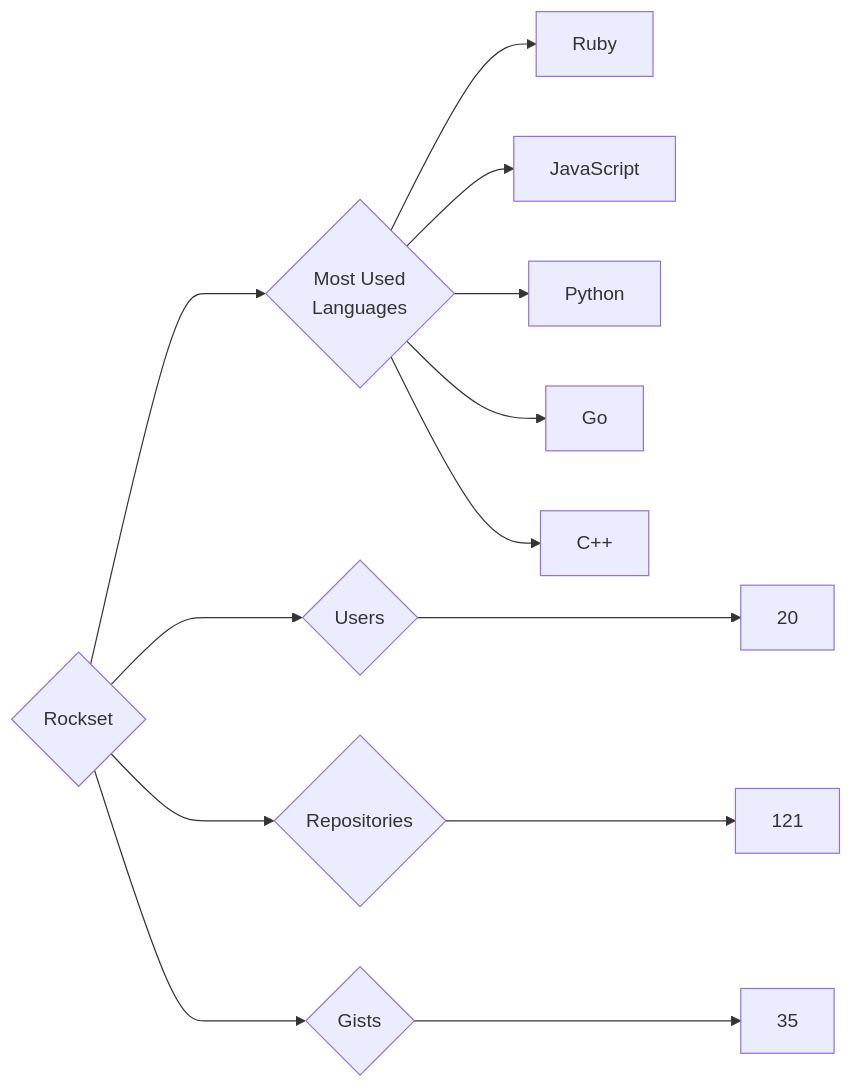
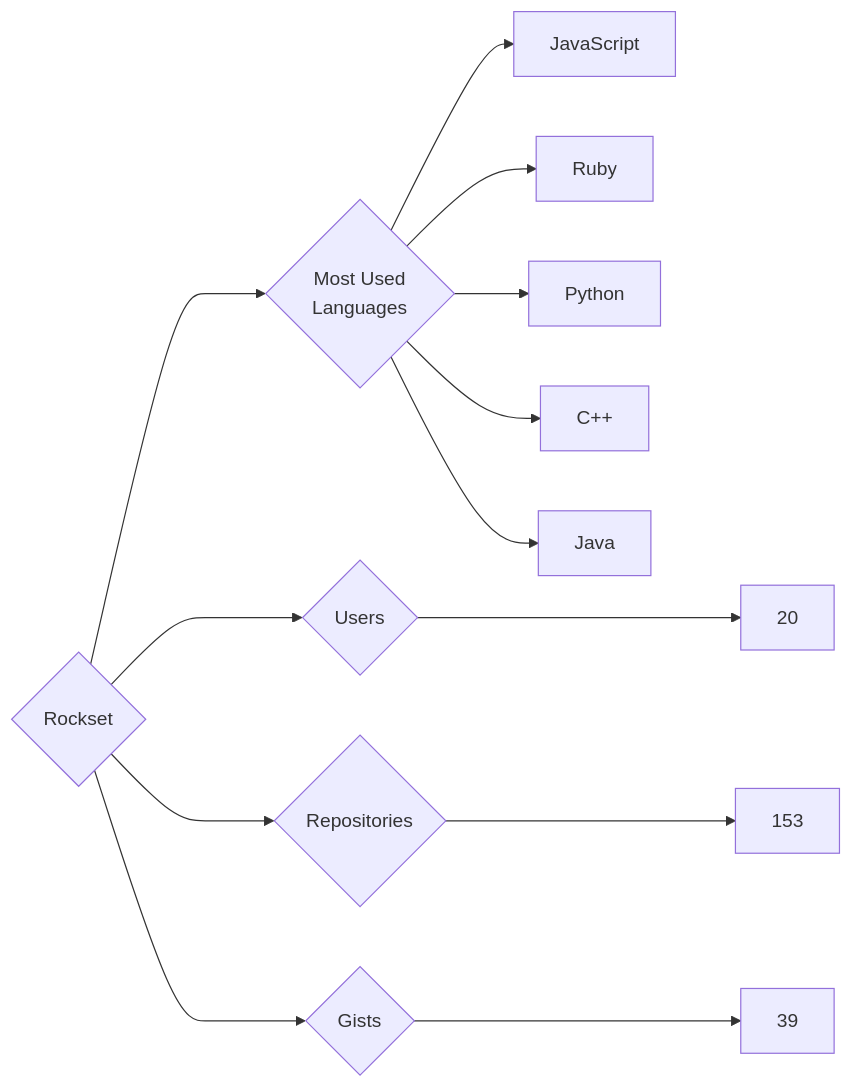
One commit to trickest/insiders changed the diagram in targets/Rockset/README.md. Above: the diagram before and after it, drawn with Mermaid. The commit also changed 970 other files, not shown here.

````diff
--- a/targets/Rockset/README.md
+++ b/targets/Rockset/README.md
@@ -3,13 +3,13 @@
 ```mermaid
 graph LR
 COMPANY_NAME{Rockset}
 COMPANY_NAME ---> U{Users} ---> UN[20]
-COMPANY_NAME ---> R{Repositories} ---> RN[121]
-COMPANY_NAME ---> G{Gists} ---> GN[35]
+COMPANY_NAME ---> R{Repositories} ---> RN[153]
+COMPANY_NAME ---> G{Gists} ---> GN[39]
 COMPANY_NAME ---> ML{Most Used<br>Languages}
+ML --> JavaScript[JavaScript]
 ML --> Ruby[Ruby]
-ML --> JavaScript[JavaScript]
 ML --> Python[Python]
-ML --> Go[Go]
 ML --> C++[C++]
+ML --> Java[Java]
 ```
````
